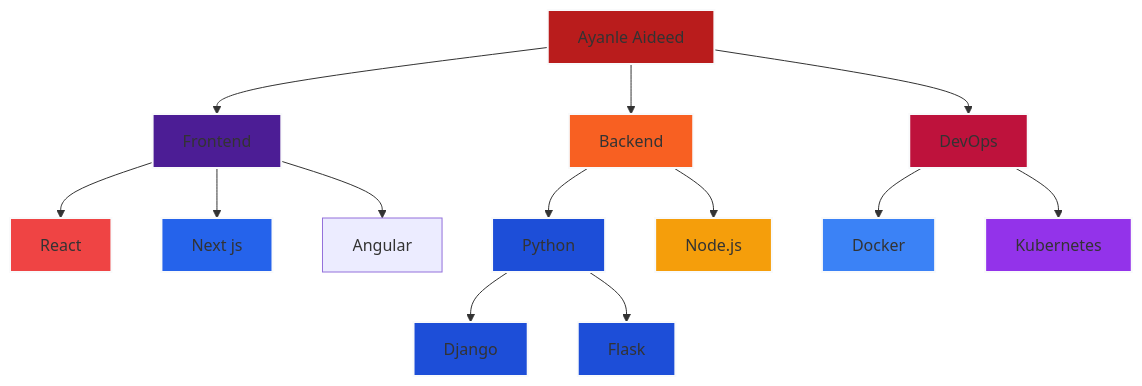
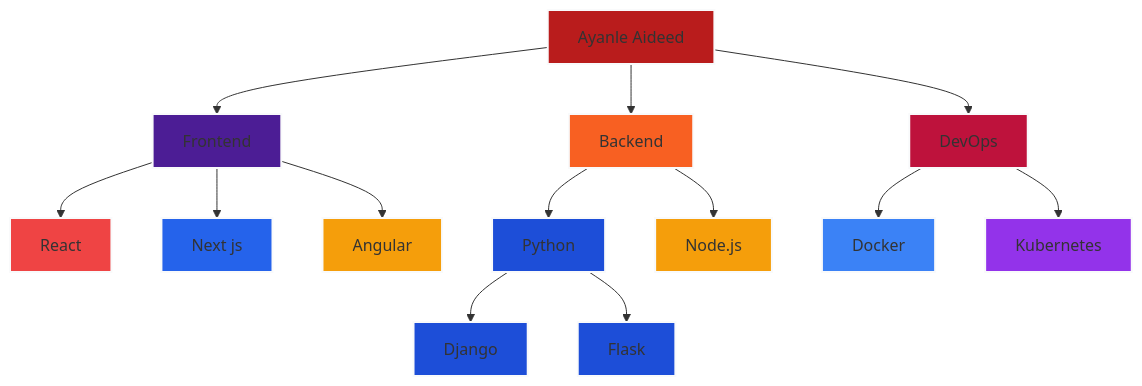
One commit to Ayanleaideed/Ayanleaideed changed the diagram in README.md. Above: the diagram before and after it, drawn with Mermaid.

````diff
--- a/README.md
+++ b/README.md
@@ -126,31 +126,32 @@
 ```mermaid
 graph TD
     A[Ayanle Aideed] --> B[Frontend]
     A --> C[Backend]
     A --> D[DevOps]
     B --> E[React]
     B --> F[Next js]
     B --> N[Angular]
     C --> G[Python]
     C --> H[Node.js]
     D --> I[Docker]
     D --> J[Kubernetes]
     G --> L[Django]
     G --> M[Flask]
 
     style A fill:#b91c1c,stroke:#F9FAFB,stroke-width:2px
     style B fill:#4c1d95,stroke:#F9FAFB,stroke-width:2px
     style C fill:#f86022,stroke:#F9FAFB,stroke-width:2px
     style D fill:#be123c,stroke:#F9FAFB,stroke-width:2px
     style E fill:#EF4444,stroke:#F9FAFB,stroke-width:2px
     style F fill:#2563eb,stroke:#F9FAFB,stroke-width:2px
     style G fill:#1d4ed8,stroke:#F9FAFB,stroke-width:2px
     style H fill:#F59E0B,stroke:#F9FAFB,stroke-width:2px
     style I fill:#3B82F6,stroke:#F9FAFB,stroke-width:2px
     style J fill:#9333EA,stroke:#F9FAFB,stroke-width:2px
     style L fill:#1d4ed8,stroke:#F9FAFB,stroke-width:2px
     style M fill:#1d4ed8,stroke:#F9FAFB,stroke-width:2px
+    style N fill:#F59E0B,stroke:#F9FAFB,stroke-width:2px
 
 
 
 ```
````
